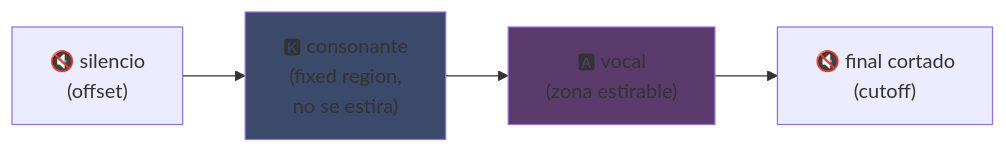
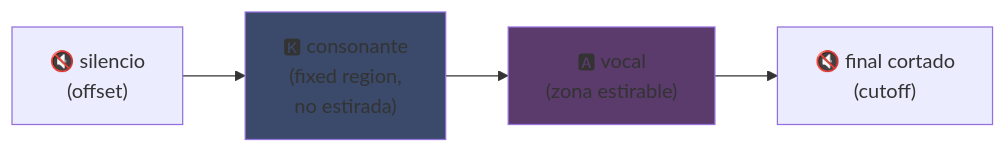
One commit to fox3000foxy/fox3000foxy.github.io changed the first of 2 diagrams in public/articles/es/utau.md. Above: the diagram before and after it, drawn with Mermaid. The commit also changed other lines of this file and 576 other files, not shown here.

````diff
--- a/public/articles/es/utau.md
+++ b/public/articles/es/utau.md
@@ -81,8 +81,8 @@
 ```mermaid
 flowchart LR
-    A["🔇 silencio<br/>(offset)"] --> B["🅺 consonante<br/>(fixed region,<br/>no se estira)"]
+    A["🔇 silencio<br/>(offset)"] --> B["🅺 consonante<br/>(fixed region,<br/>no estirada)"]
     B --> C["🅰 vocal<br/>(zona estirable)"]
     C --> D["🔇 final cortado<br/>(cutoff)"]
     style B fill:#3b4a6b
     style C fill:#5b3b6b
 ```
````
